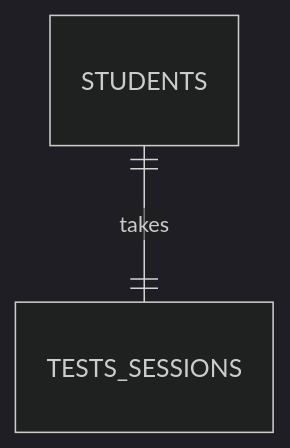
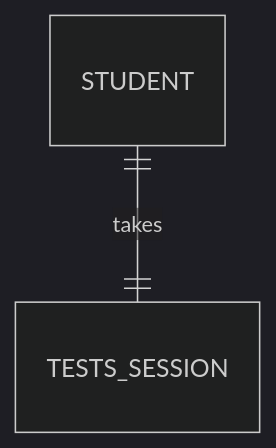
One commit to mrxsierra/ems-db changed the first of 8 diagrams in README.md. Above: the diagram before and after it, drawn with Mermaid (dark theme). The commit also changed other lines of this file and 11 other files, not shown here.

````diff
--- a/README.md
+++ b/README.md
@@ -10,4 +13,4 @@
 ```mermaid
 erDiagram
-    STUDENTS ||--|| TESTS_SESSIONS : "takes"
+    STUDENT ||--|| TESTS_SESSION : "takes"
 ```
````
